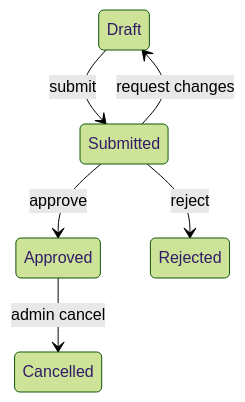
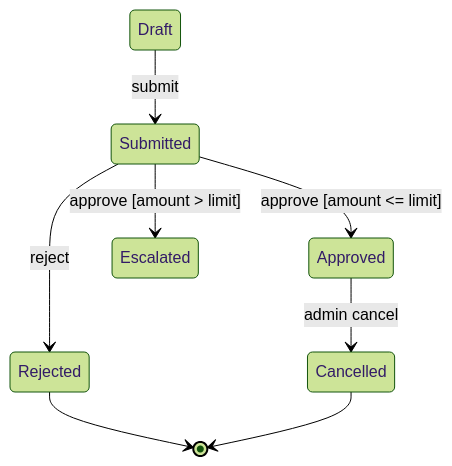
The diagram in skills/engineering/state-modeling/STATE-MODEL.md (seefs001/skills), drawn with Mermaid (forest theme) before and after one commit. The commit also changed other lines of this file and 409 other files, not shown here.

````diff
--- a/skills/engineering/state-modeling/STATE-MODEL.md
+++ b/skills/engineering/state-modeling/STATE-MODEL.md
@@ -137,8 +47,10 @@
 ```mermaid
 stateDiagram-v2
   Draft --> Submitted: submit
-  Submitted --> Approved: approve
+  Submitted --> Approved: approve [amount <= limit]
+  Submitted --> Escalated: approve [amount > limit]
   Submitted --> Rejected: reject
-  Submitted --> Draft: request changes
   Approved --> Cancelled: admin cancel
+  Rejected --> [*]
+  Cancelled --> [*]
 ```
````
